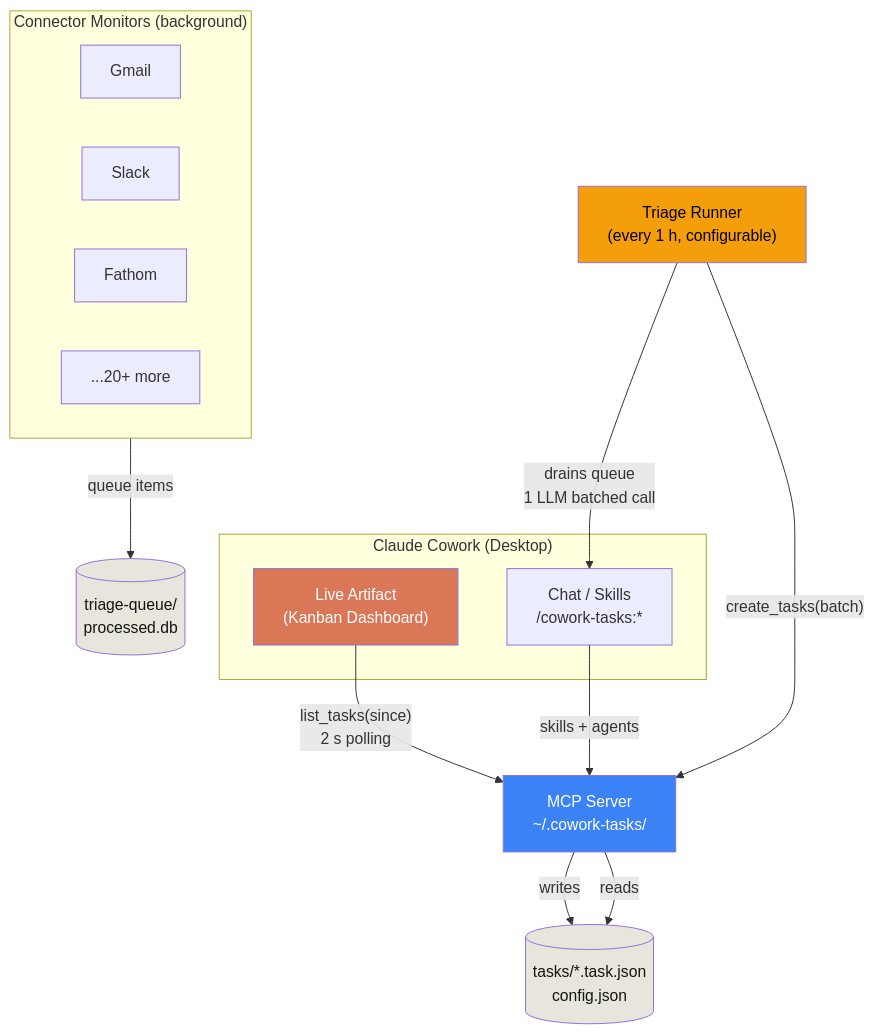
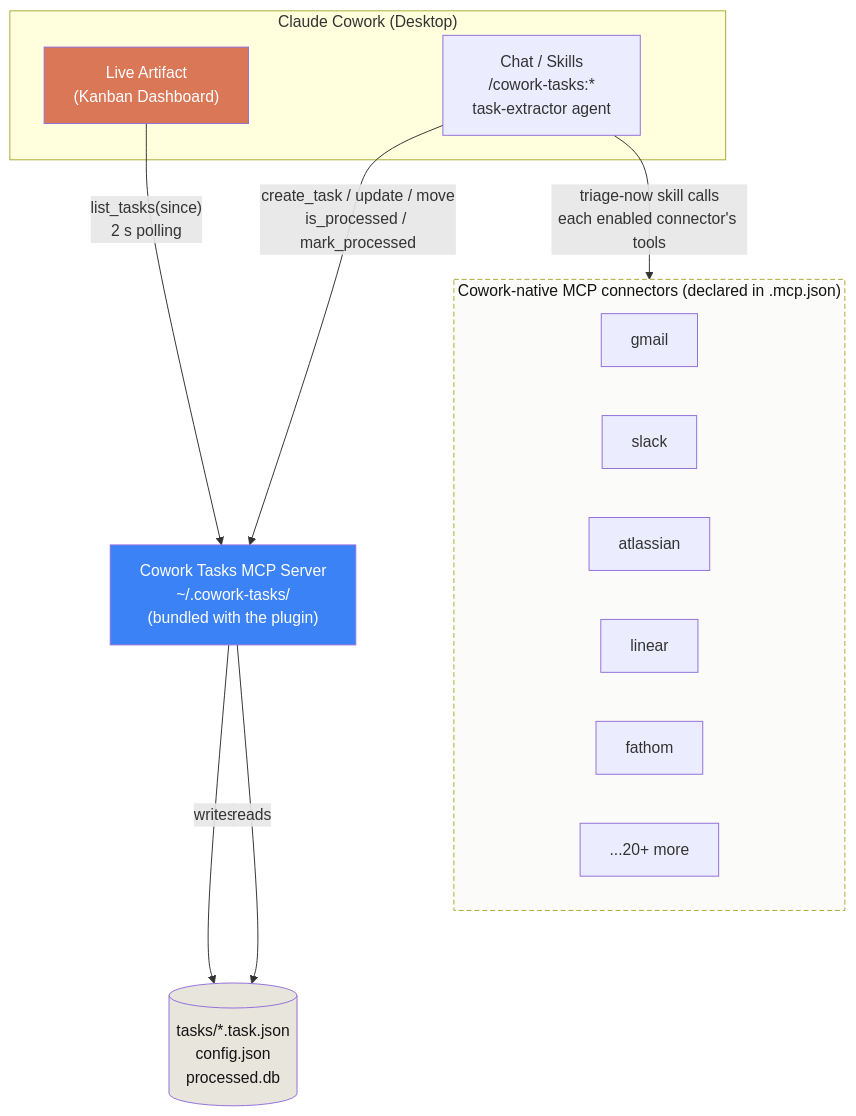
One commit to sabbah13/cowork-tasks changed the diagram in docs/architecture.md. Above: the diagram before and after it, drawn with Mermaid. The commit also changed other lines of this file and 51 other files, not shown here.

````diff
--- a/docs/architecture.md
+++ b/docs/architecture.md
@@ -5,34 +5,30 @@
 ```mermaid
 flowchart TB
     subgraph Cowork["Claude Cowork (Desktop)"]
         Artifact["Live Artifact<br/>(Kanban Dashboard)"]
-        Chat["Chat / Skills<br/>/cowork-tasks:*"]
+        Chat["Chat / Skills<br/>/cowork-tasks:*<br/>task-extractor agent"]
     end
 
-    MCP["MCP Server<br/>~/.cowork-tasks/"]
-    Files[("tasks/*.task.json<br/>config.json")]
-    Queue[("triage-queue/<br/>processed.db")]
+    MCP["Cowork Tasks MCP Server<br/>~/.cowork-tasks/<br/>(bundled with the plugin)"]
+    Files[("tasks/*.task.json<br/>config.json<br/>processed.db")]
 
-    subgraph Connectors["Connector Monitors (background)"]
-        Gmail["Gmail"]
-        Slack["Slack"]
-        Fathom["Fathom"]
+    subgraph Native["Cowork-native MCP connectors (declared in .mcp.json)"]
+        Gmail["gmail"]
+        Slack["slack"]
+        Atlassian["atlassian"]
+        Linear["linear"]
+        Fathom["fathom"]
         Others["...20+ more"]
     end
 
-    Triage["Triage Runner<br/>(every 1 h, configurable)"]
-
     Artifact -- "list_tasks(since)<br/>2 s polling" --> MCP
-    Chat -- "skills + agents" --> MCP
-    Connectors -- "queue items" --> Queue
-    Triage -- "drains queue<br/>1 LLM batched call" --> Chat
+    Chat -- "create_task / update / move<br/>is_processed / mark_processed" --> MCP
+    Chat -- "triage-now skill calls<br/>each enabled connector's tools" --> Native
     MCP -- "writes" --> Files
     MCP -- "reads" --> Files
-    Triage -- "create_tasks(batch)" --> MCP
 
     style Artifact fill:#d97757,color:#fff
     style MCP fill:#3b82f6,color:#fff
-    style Triage fill:#f59e0b,color:#000
     style Files fill:#e8e6dc,color:#141413
-    style Queue fill:#e8e6dc,color:#141413
+    style Native fill:#fbfbfa,stroke-dasharray:5 3,color:#141413
 ```
````
